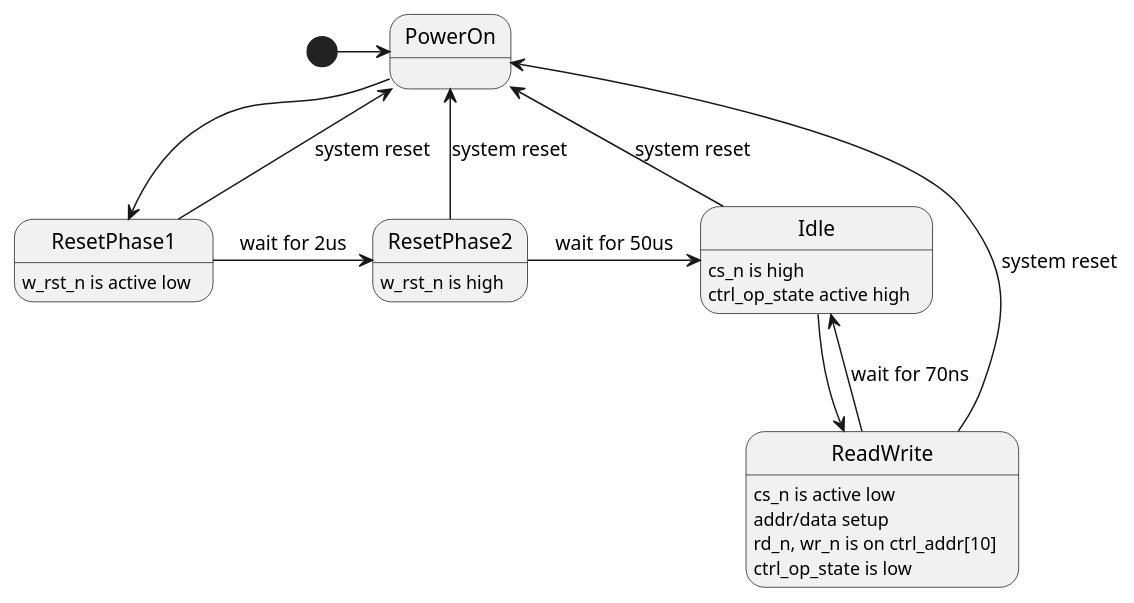
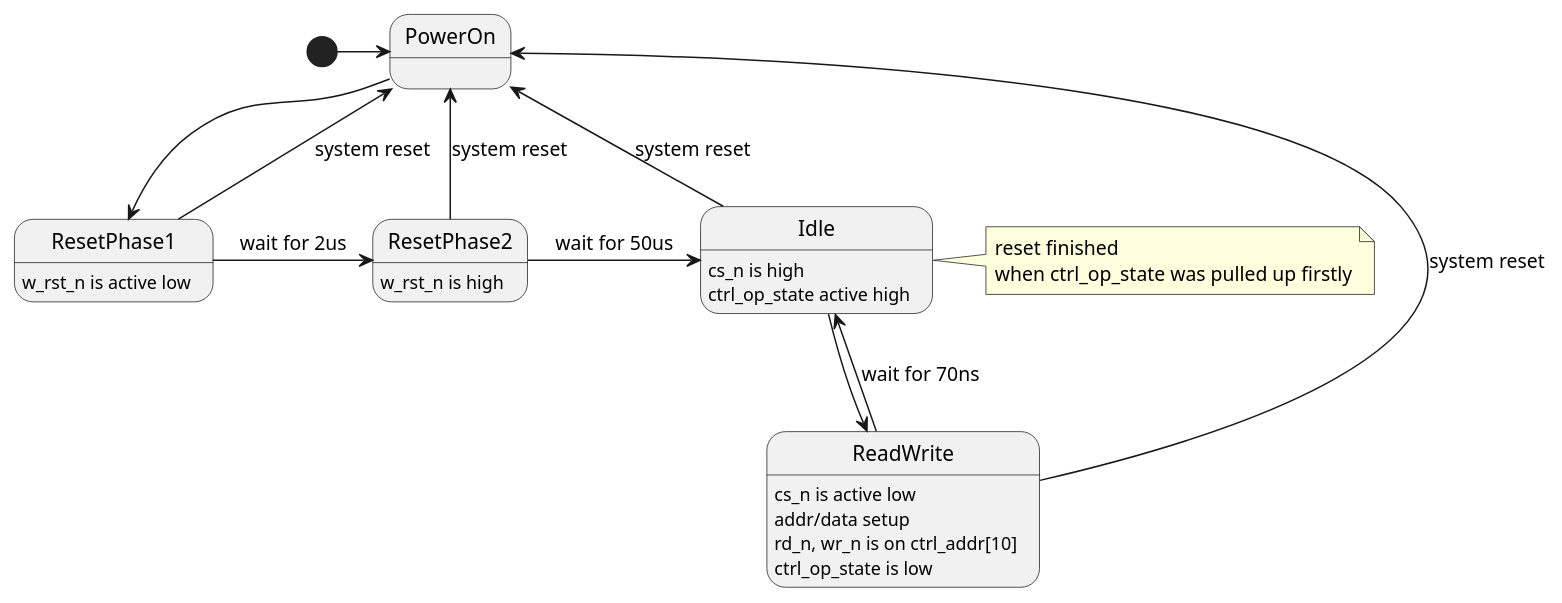
Before and after one commit to zhang-stephen/ethernet_w5300: the diagram in docs/w5300/if.puml, drawn with PlantUML. The commit also changed 2 other files, not shown here.

```diff
--- a/docs/w5300/if.puml
+++ b/docs/w5300/if.puml
@@ -1,22 +1,24 @@
 @startuml w5300_interface
     [*] -> PowerOn
     PowerOn --> ResetPhase1
     ResetPhase1 -> ResetPhase2 :  wait for 2us
     ResetPhase2 -> Idle : wait for 50us
     Idle -> ReadWrite
     ReadWrite --> Idle: wait for 70ns
 
     ResetPhase1 --> PowerOn: system reset
     ResetPhase2 --> PowerOn: system reset
     Idle --> PowerOn: system reset
     ReadWrite --> PowerOn: system reset
 
     ResetPhase1: w_rst_n is active low
     ResetPhase2: w_rst_n is high
     Idle: cs_n is high
     Idle: ctrl_op_state active high
     ReadWrite: cs_n is active low
     ReadWrite: addr/data setup
     ReadWrite: rd_n, wr_n is on ctrl_addr[10]
     ReadWrite: ctrl_op_state is low
+
+    note right of Idle: reset finished\nwhen ctrl_op_state was pulled up firstly 
 @enduml
```
